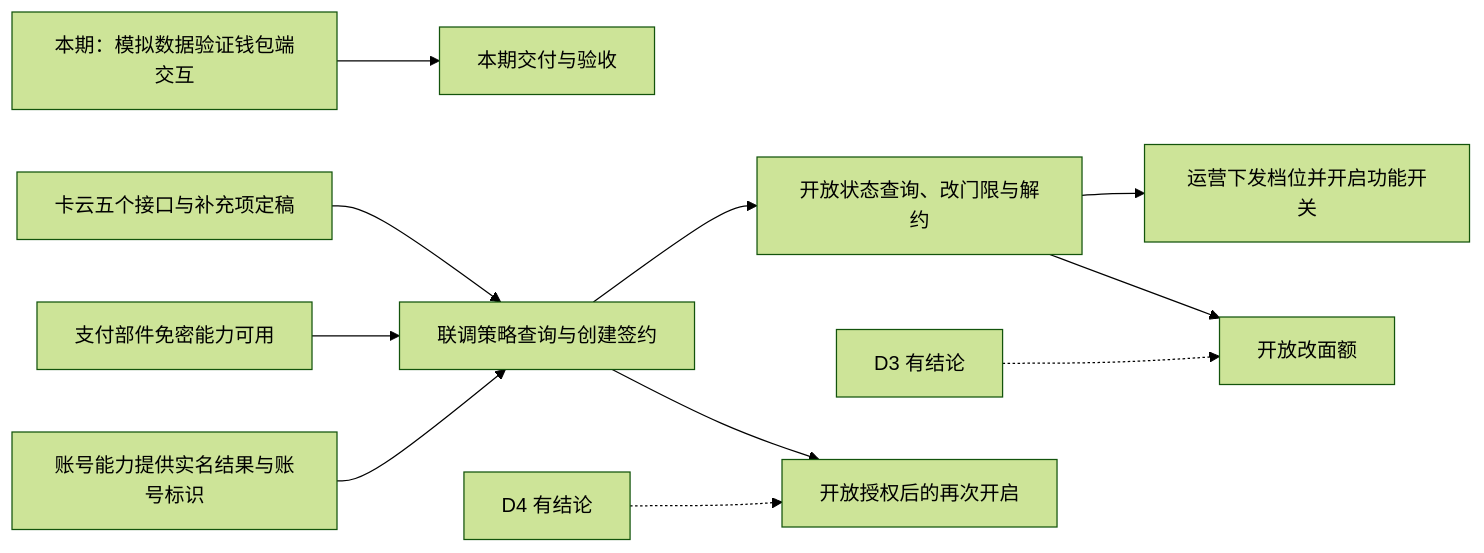
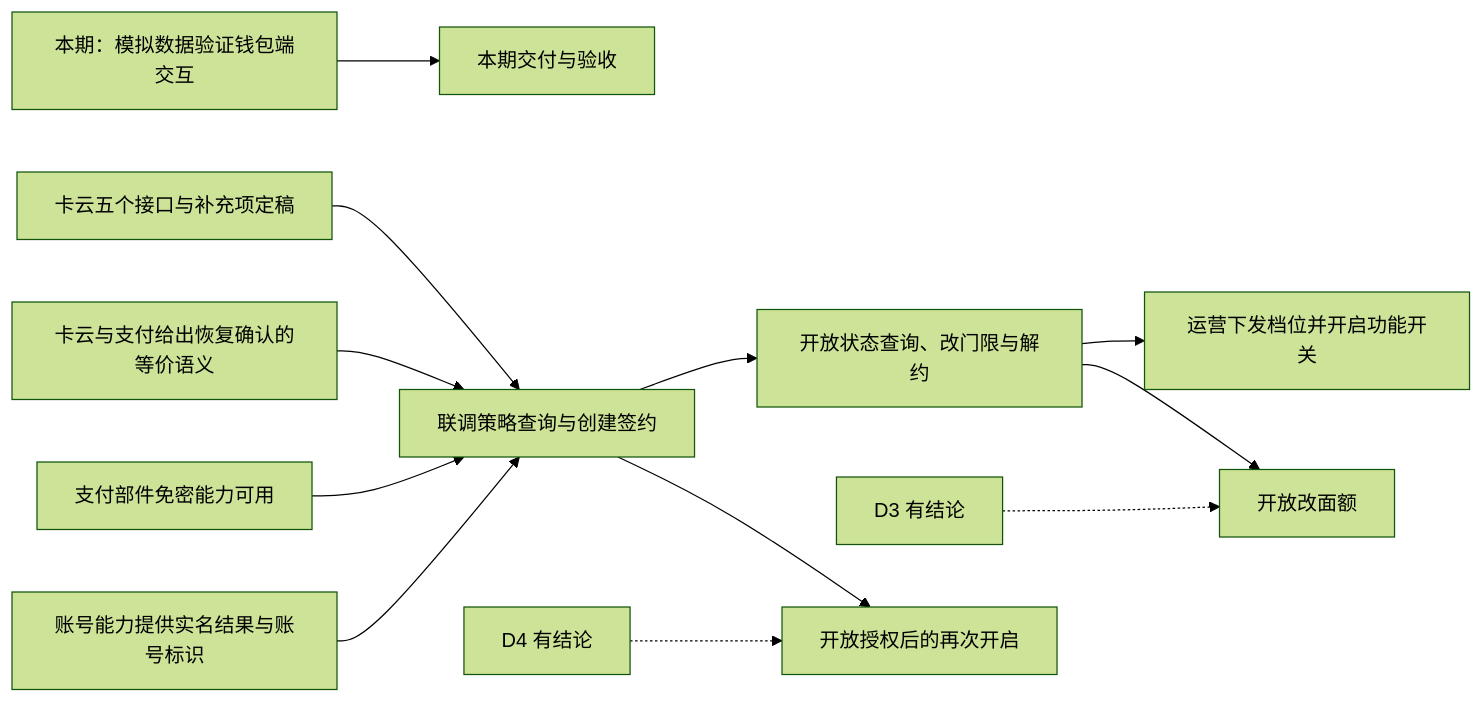
Before and after one commit to sqsqsq/SimulatedWalletForHmos: the seventh of 7 diagrams in doc/plan/1.9.9/金样候选/auto-topup/AR/story.md, drawn with Mermaid (forest theme). The commit also changed other lines of this file and 47 other files, not shown here.

````diff
--- a/doc/plan/1.9.9/金样候选/auto-topup/AR/story.md
+++ b/doc/plan/1.9.9/金样候选/auto-topup/AR/story.md
@@ -504,13 +558,14 @@
 ```mermaid
 flowchart LR
   MOCK[本期：模拟数据验证钱包端交互] --> DLV[本期交付与验收]
   I[卡云五个接口与补充项定稿] --> A[联调策略查询与创建签约]
+  REC[卡云与支付给出恢复确认的等价语义] --> A
   PAY[支付部件免密能力可用] --> A
   ACC[账号能力提供实名结果与账号标识] --> A
   A --> B[开放状态查询、改门限与解约]
   B --> S[运营下发档位并开启功能开关]
   B --> AMT[开放改面额]
   D3[D3 有结论] -.-> AMT
   A --> RT[开放授权后的再次开启]
   D4[D4 有结论] -.-> RT
 ```
````
